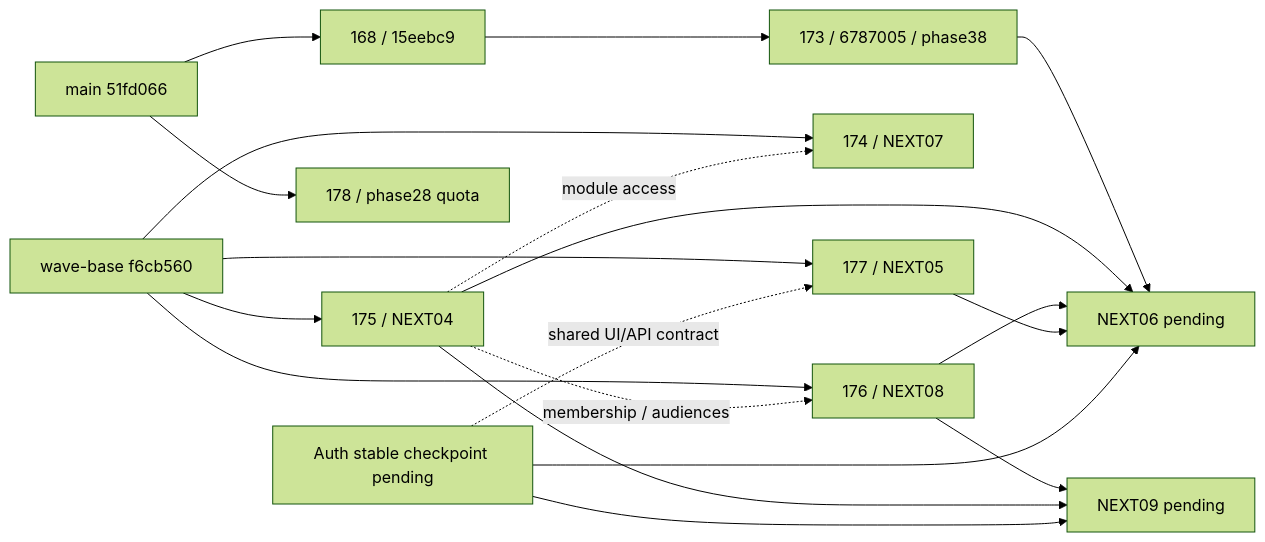
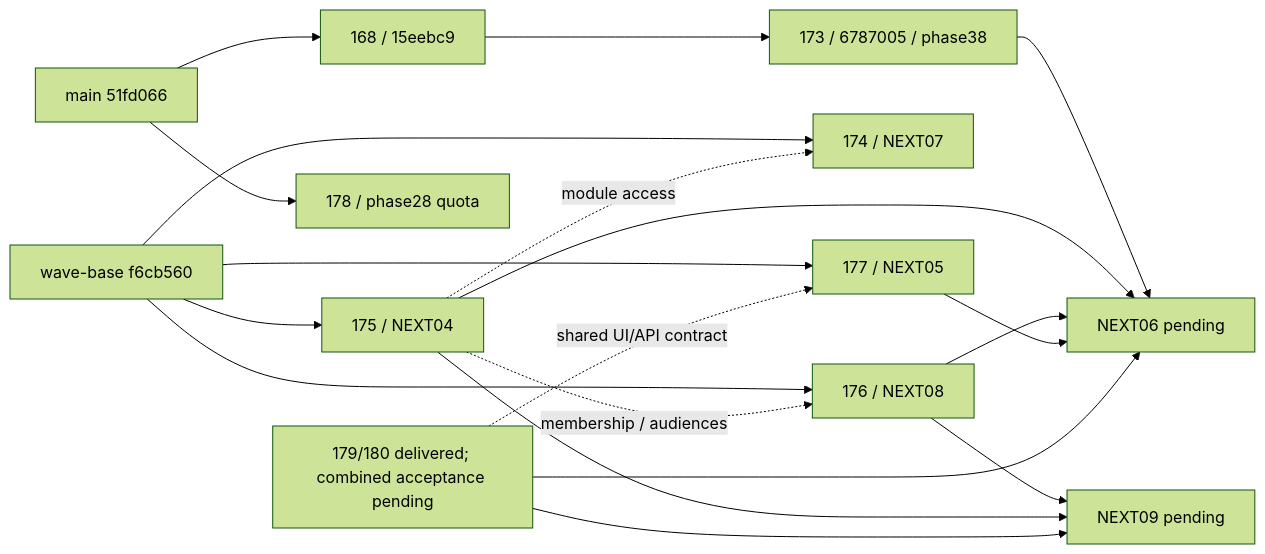
One commit to safariarash7777-source/portfolio-platform changed the diagram in docs/ops/seasonal-program/FOLLOWUP-06-RESULT.md. Above: the diagram before and after it, drawn with Mermaid (forest theme). The commit also changed other lines of this file and 1 other file, not shown here.

Commit message:
docs(followup06): inventory delivered Auth inputs 179 and 180

````diff
--- a/docs/ops/seasonal-program/FOLLOWUP-06-RESULT.md
+++ b/docs/ops/seasonal-program/FOLLOWUP-06-RESULT.md
@@ -58,21 +77,21 @@
 ```mermaid
 flowchart LR
   MAIN["main 51fd066"] --> P168["168 / 15eebc9"]
   P168 --> P173["173 / 6787005 / phase38"]
   BASE["wave-base f6cb560"] --> P175["175 / NEXT04"]
   BASE --> P174["174 / NEXT07"]
   BASE --> P176["176 / NEXT08"]
   BASE --> P177["177 / NEXT05"]
   P175 -. "module access" .-> P174
   P175 -. "membership / audiences" .-> P176
   MAIN --> P178["178 / phase28 quota"]
   P173 --> N06["NEXT06 pending"]
   P175 --> N06
   P176 --> N06
   P177 --> N06
-  AUTH["Auth stable checkpoint pending"] --> N06
+  AUTH["179/180 delivered; combined acceptance pending"] --> N06
   AUTH -. "shared UI/API contract" .-> P177
   P176 --> N09["NEXT09 pending"]
   P175 --> N09
   AUTH --> N09
 ```
````
